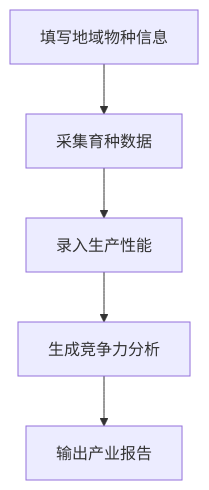
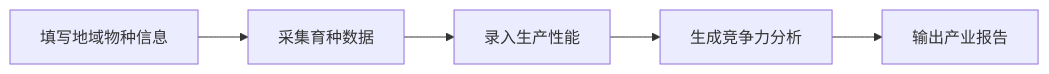
One commit to coolshell-in/Main changed the second of 2 diagrams in content/zh/project/agri/sheep/animal-performance.md. Above: the diagram before and after it, drawn with Mermaid. The commit also changed other lines of this file and 2 other files, not shown here.

````diff
--- a/content/zh/project/agri/sheep/animal-performance.md
+++ b/content/zh/project/agri/sheep/animal-performance.md
@@ -72,7 +71,7 @@
    ```mermaid
-   flowchart TD;
+   flowchart LR;
    A[填写地域物种信息]-->B[采集育种数据];
    B-->C[录入生产性能];
    C-->D[生成竞争力分析];
    D-->E[输出产业报告];
    ```
````
